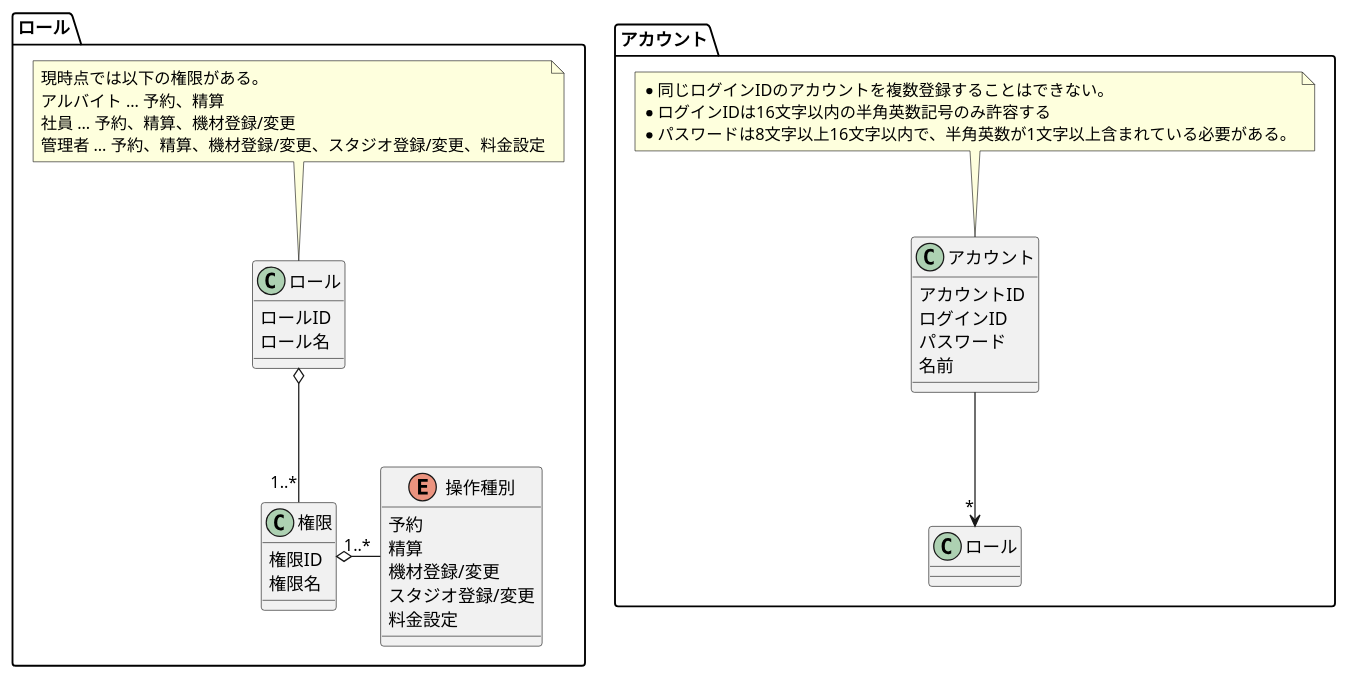
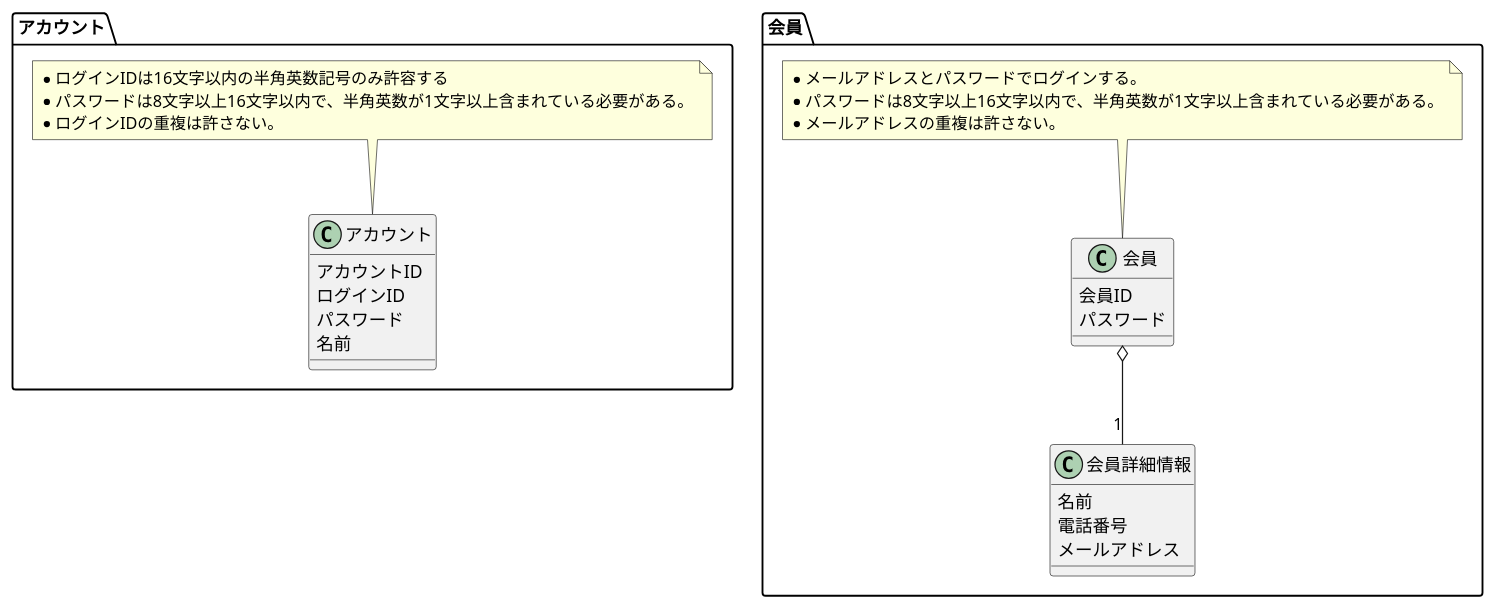
One commit to TakashiOnawa/ddd-practice-studio-reservation changed the diagram in modeling/07_DomainModel_認証.pu. Above: the diagram before and after it, drawn with PlantUML. The commit also changed 50 other files, not shown here.

```diff
--- a/modeling/07_DomainModel_認証.pu
+++ b/modeling/07_DomainModel_認証.pu
@@ -1,50 +1,39 @@
 @startuml DomainModel
 
 package アカウント {
     class アカウント {
         アカウントID
         ログインID
         パスワード
         名前
     }
 
-    アカウント --> "*" ロール
-
     note top of アカウント
-    * 同じログインIDのアカウントを複数登録することはできない。
     * ログインIDは16文字以内の半角英数記号のみ許容する
     * パスワードは8文字以上16文字以内で、半角英数が1文字以上含まれている必要がある。
+    * ログインIDの重複は許さない。
     end note
 }
 
-package ロール {
-    class ロール {
-        ロールID
-        ロール名
+package 会員 {
+    class 会員 {
+        会員ID
+        パスワード
     }
 
-    class 権限 {
-        権限ID
-        権限名
+    class 会員詳細情報 {
+        名前
+        電話番号
+        メールアドレス
     }
 
-    enum 操作種別 {
-        予約
-        精算
-        機材登録/変更
-        スタジオ登録/変更
-        料金設定
-    }
+    会員 o-- "1" 会員詳細情報
 
-    ロール o-- "1..*" 権限
-    権限 o- "1..*" 操作種別
-
-    note top of ロール
-    現時点では以下の権限がある。
-    アルバイト … 予約、精算
-    社員 … 予約、精算、機材登録/変更
-    管理者 … 予約、精算、機材登録/変更、スタジオ登録/変更、料金設定
+    note top of 会員
+    * メールアドレスとパスワードでログインする。
+    * パスワードは8文字以上16文字以内で、半角英数が1文字以上含まれている必要がある。
+    * メールアドレスの重複は許さない。
     end note
 }
 
 @enduml
```
